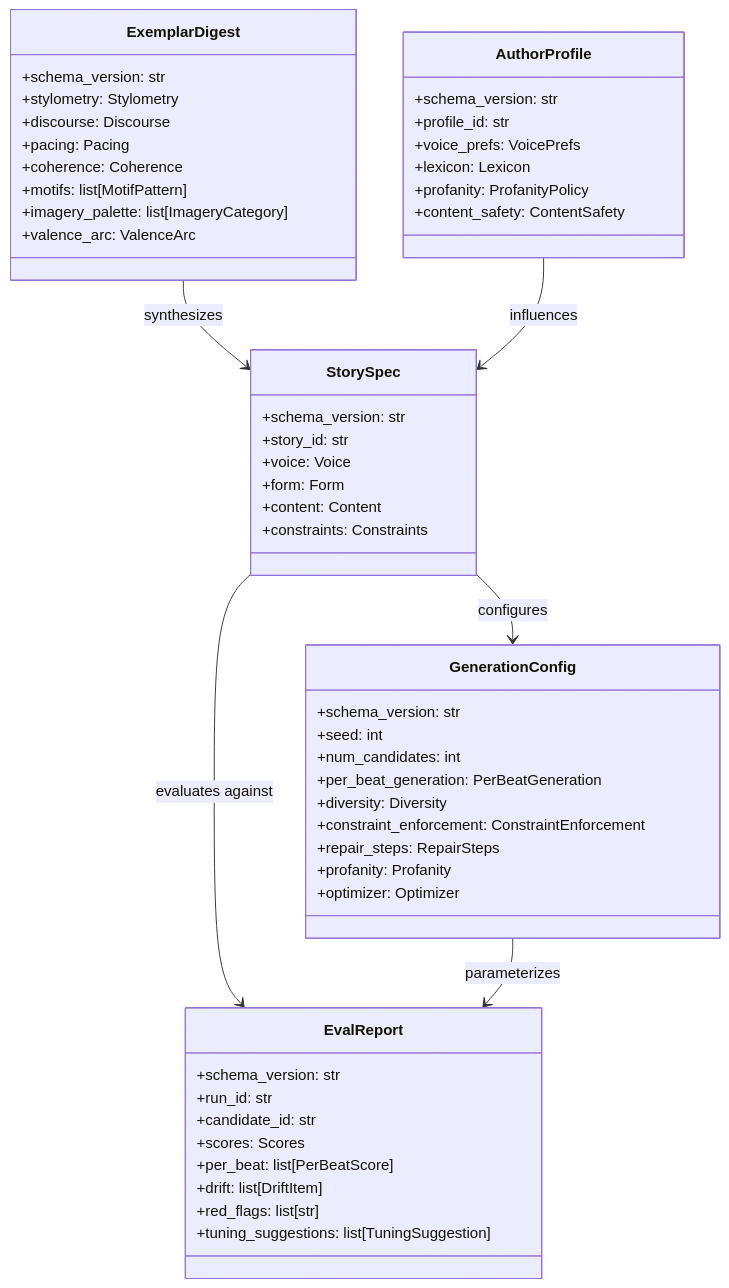
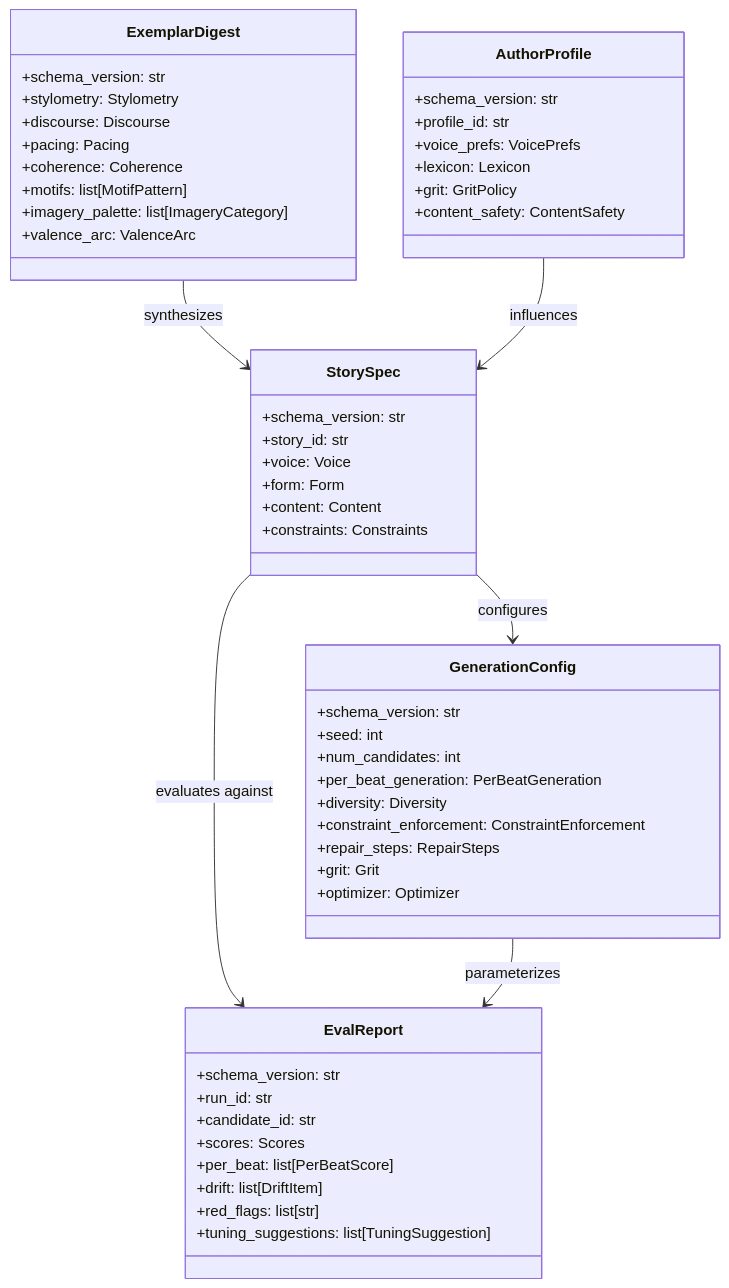
One commit to AndrewMichael2020/literary-structure-generator changed the sixth of 6 diagrams in docs/architecture.md. Above: the diagram before and after it, drawn with Mermaid. The commit also changed other lines of this file and 9 other files, not shown here.

Commit message:
Update remaining docs: change profanity to grit terminology

````diff
--- a/docs/architecture.md
+++ b/docs/architecture.md
@@ -207,60 +207,60 @@
 ```mermaid
 classDiagram
     class ExemplarDigest {
         +schema_version: str
         +stylometry: Stylometry
         +discourse: Discourse
         +pacing: Pacing
         +coherence: Coherence
         +motifs: list[MotifPattern]
         +imagery_palette: list[ImageryCategory]
         +valence_arc: ValenceArc
     }
     
     class StorySpec {
         +schema_version: str
         +story_id: str
         +voice: Voice
         +form: Form
         +content: Content
         +constraints: Constraints
     }
     
     class GenerationConfig {
         +schema_version: str
         +seed: int
         +num_candidates: int
         +per_beat_generation: PerBeatGeneration
         +diversity: Diversity
         +constraint_enforcement: ConstraintEnforcement
         +repair_steps: RepairSteps
-        +profanity: Profanity
+        +grit: Grit
         +optimizer: Optimizer
     }
     
     class EvalReport {
         +schema_version: str
         +run_id: str
         +candidate_id: str
         +scores: Scores
         +per_beat: list[PerBeatScore]
         +drift: list[DriftItem]
         +red_flags: list[str]
         +tuning_suggestions: list[TuningSuggestion]
     }
     
     class AuthorProfile {
         +schema_version: str
         +profile_id: str
         +voice_prefs: VoicePrefs
         +lexicon: Lexicon
-        +profanity: ProfanityPolicy
+        +grit: GritPolicy
         +content_safety: ContentSafety
     }
     
     ExemplarDigest --> StorySpec : synthesizes
     StorySpec --> GenerationConfig : configures
     StorySpec --> EvalReport : evaluates against
     AuthorProfile --> StorySpec : influences
     GenerationConfig --> EvalReport : parameterizes
 ```
````
